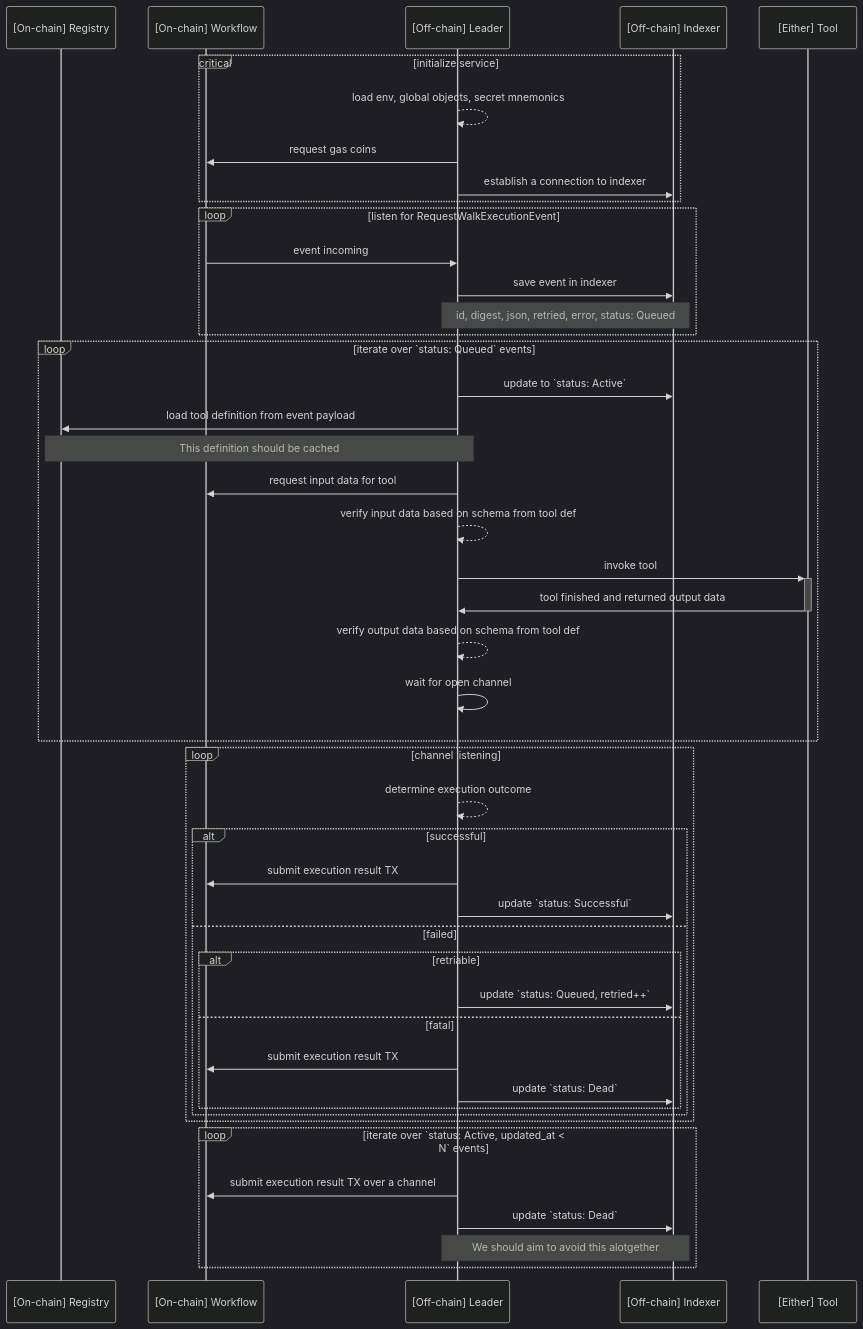
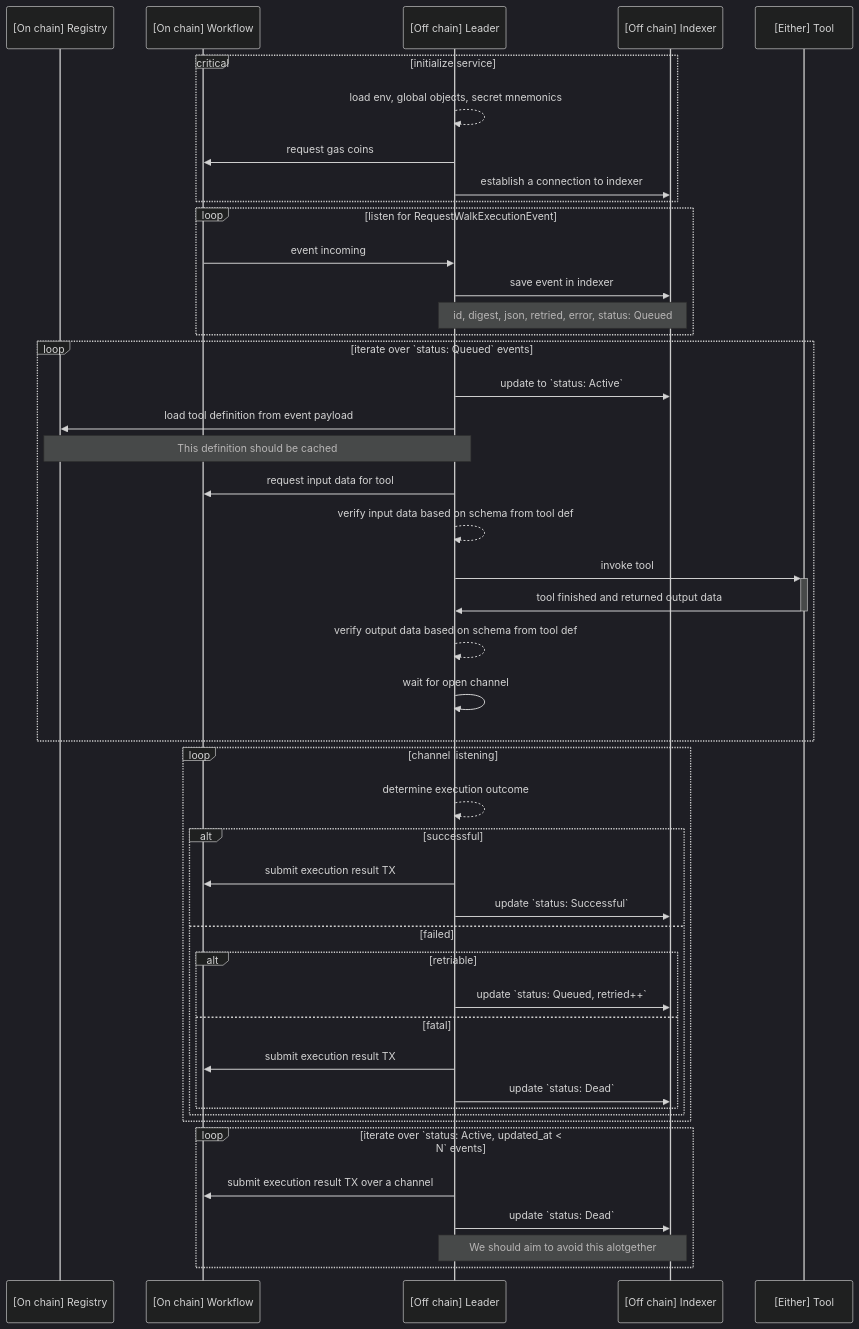
The first of 3 diagrams in nexus/crates/leader.md (Talus-Network/gitbook-docs), drawn with Mermaid (dark theme) before and after one commit. The commit also changed other lines of this file and 8 other files, not shown here.

````diff
--- a/nexus/crates/leader.md
+++ b/nexus/crates/leader.md
@@ -7,54 +7,54 @@
 ```mermaid
 sequenceDiagram
-    participant RG as [On-chain] Registry
-    participant WF as [On-chain] Workflow
-    participant LD as [Off-chain] Leader
-    participant DB as [Off-chain] Indexer
+    participant RG as [On chain] Registry
+    participant WF as [On chain] Workflow
+    participant LD as [Off chain] Leader
+    participant DB as [Off chain] Indexer
     participant TL as [Either] Tool
 
     critical initialize service
         LD-->>LD: load env, global objects, secret mnemonics
         LD->>WF: request gas coins
         LD->>DB: establish a connection to indexer
     end
 
     loop listen for RequestWalkExecutionEvent
         WF->>LD: event incoming
         LD->>DB: save event in indexer
         Note over LD,DB: id, digest, json, retried, error, status: Queued
     end
 
     loop iterate over `status: Queued` events
         LD->>DB: update to `status: Active`
         LD->>RG: load tool definition from event payload
         Note over LD,RG: This definition should be cached
         LD->>WF: request input data for tool
         LD-->>LD: verify input data based on schema from tool def
         LD->>+TL: invoke tool
         TL->>-LD: tool finished and returned output data
         LD-->>LD: verify output data based on schema from tool def
         LD->>LD: wait for open channel
     end
 
     loop channel listening
         LD-->>LD: determine execution outcome
 
         alt successful
             LD->>WF: submit execution result TX
             LD->>DB: update `status: Successful`
         else failed
             alt retriable
                 LD->>DB: update `status: Queued, retried++`
             else fatal
                 LD->>WF: submit execution result TX
                 LD->>DB: update `status: Dead`
             end
         end
     end
 
     loop iterate over `status: Active, updated_at < N` events
         LD->>WF: submit execution result TX over a channel
         LD->>DB: update `status: Dead`
         Note over LD, DB: We should aim to avoid this alotgether
     end
 ```
````
